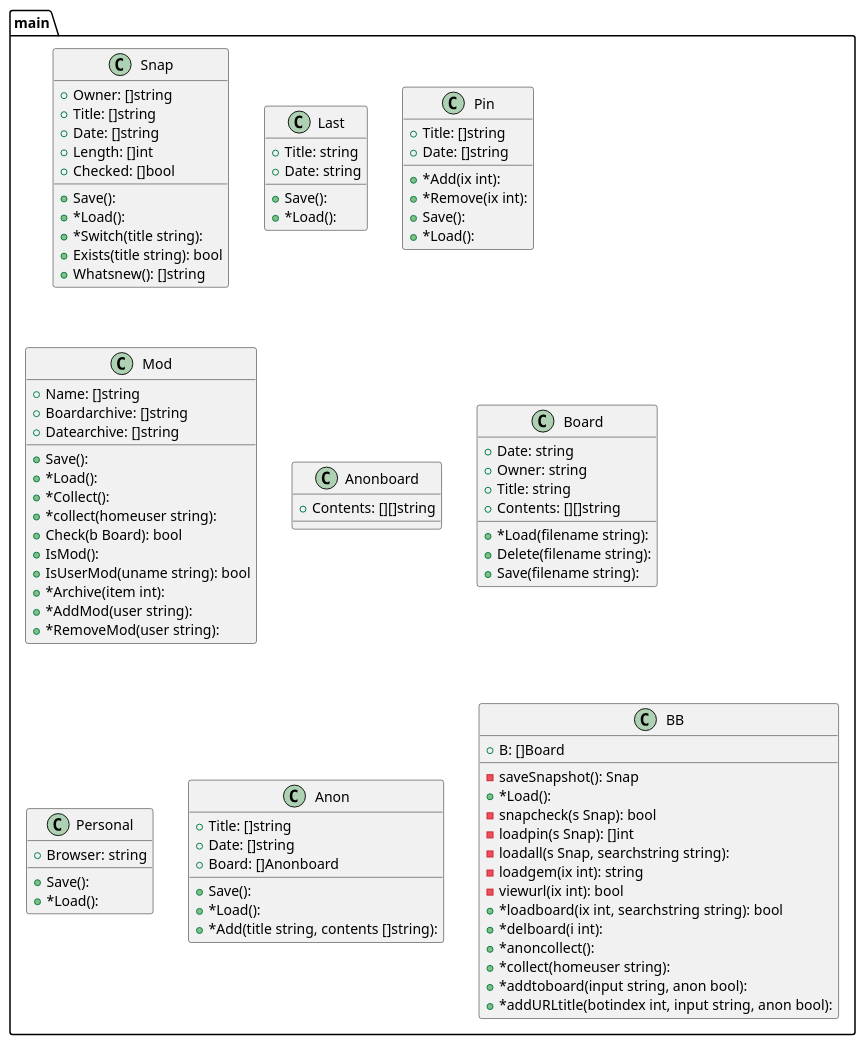
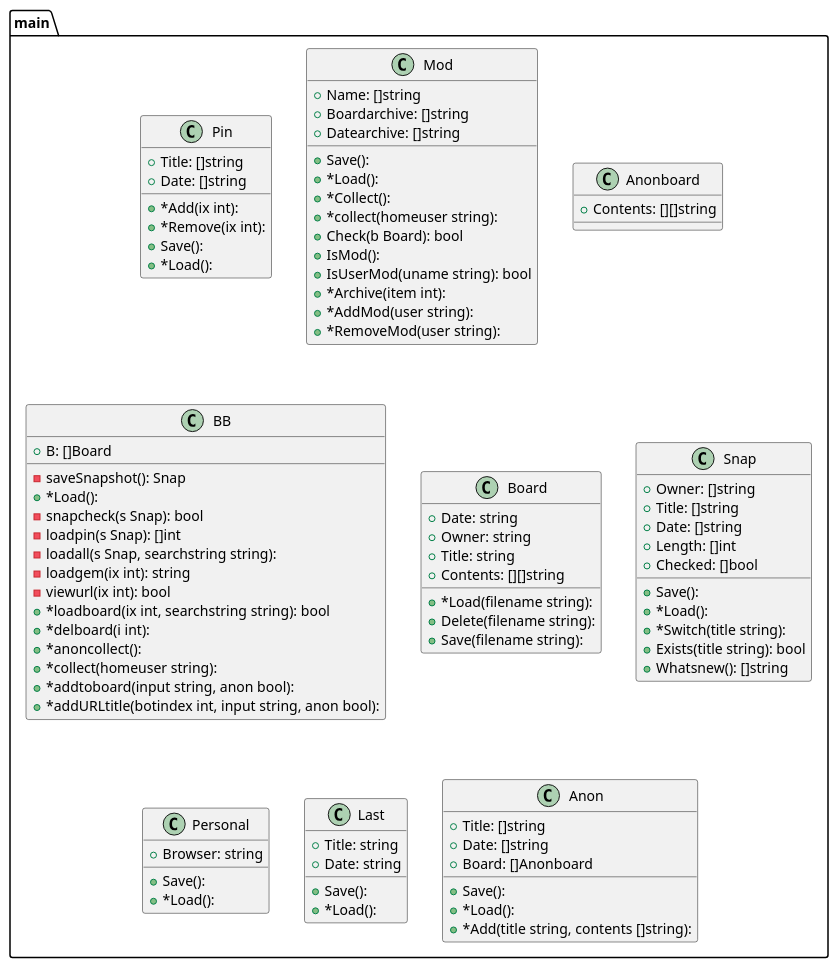
The diagram in graph.puml (tbal999/bb), drawn with PlantUML before and after one commit. The commit also changed other lines of this file and 1 other file, not shown here.

```diff
--- a/graph.puml
+++ b/graph.puml
@@ -1,104 +1,104 @@
 @startuml
-package ...main{
-class Snap {
-+Owner: []string
-+Title: []string
-+Date: []string
-+Length: []int
-+Checked: []bool
-+Save(): 
-+*Load(): 
-+*Switch(title string): 
-+Exists(title string): bool
-+Whatsnew(): []string
-}
-}
-package ...main{
-class Last {
-+Title: string
-+Date: string
-+Save(): 
-+*Load(): 
-}
-}
 package ...main{
 class Pin {
 +Title: []string
 +Date: []string
 +*Add(ix int): 
 +*Remove(ix int): 
 +Save(): 
 +*Load(): 
 }
 }
 package ...main{
 class Mod {
 +Name: []string
 +Boardarchive: []string
 +Datearchive: []string
 +Save(): 
 +*Load(): 
 +*Collect(): 
 +*collect(homeuser string): 
 +Check(b Board): bool
 +IsMod(): 
 +IsUserMod(uname string): bool
 +*Archive(item int): 
 +*AddMod(user string): 
 +*RemoveMod(user string): 
 }
 }
 package ...main{
 class Anonboard {
 +Contents: [][]string
 
 }
 }
 package ...main{
-class Board {
-+Date: string
-+Owner: string
-+Title: string
-+Contents: [][]string
-+*Load(filename string): 
-+Delete(filename string): 
-+Save(filename string): 
-}
-}
-package ...main{
-class Personal {
-+Browser: string
-+Save(): 
-+*Load(): 
-}
-}
-package ...main{
-class Anon {
-+Title: []string
-+Date: []string
-+Board: []Anonboard
-+Save(): 
-+*Load(): 
-+*Add(title string, contents []string): 
-}
-}
-package ...main{
 class BB {
 +B: []Board
 -saveSnapshot(): Snap
 +*Load(): 
 -snapcheck(s Snap): bool
 -loadpin(s Snap): []int
 -loadall(s Snap, searchstring string): 
 -loadgem(ix int): string
 -viewurl(ix int): bool
 +*loadboard(ix int, searchstring string): bool
 +*delboard(i int): 
 +*anoncollect(): 
 +*collect(homeuser string): 
 +*addtoboard(input string, anon bool): 
 +*addURLtitle(botindex int, input string, anon bool): 
 }
 }
+package ...main{
+class Board {
++Date: string
++Owner: string
++Title: string
++Contents: [][]string
++*Load(filename string): 
++Delete(filename string): 
++Save(filename string): 
+}
+}
+package ...main{
+class Snap {
++Owner: []string
++Title: []string
++Date: []string
++Length: []int
++Checked: []bool
++Save(): 
++*Load(): 
++*Switch(title string): 
++Exists(title string): bool
++Whatsnew(): []string
+}
+}
+package ...main{
+class Personal {
++Browser: string
++Save(): 
++*Load(): 
+}
+}
+package ...main{
+class Last {
++Title: string
++Date: string
++Save(): 
++*Load(): 
+}
+}
+package ...main{
+class Anon {
++Title: []string
++Date: []string
++Board: []Anonboard
++Save(): 
++*Load(): 
++*Add(title string, contents []string): 
+}
+}
 
 @enduml
```
